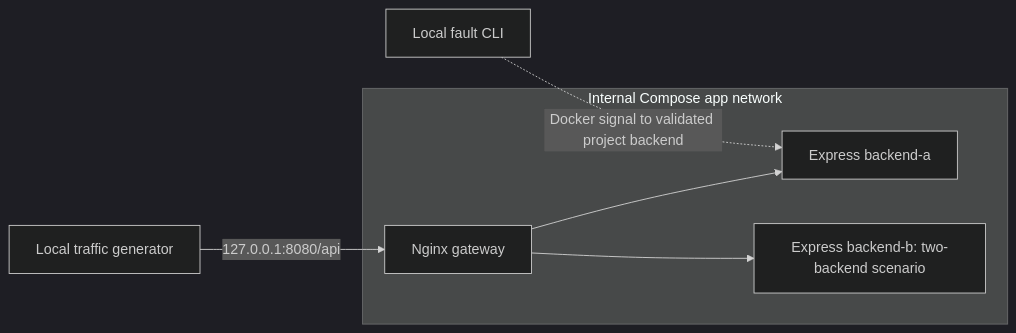
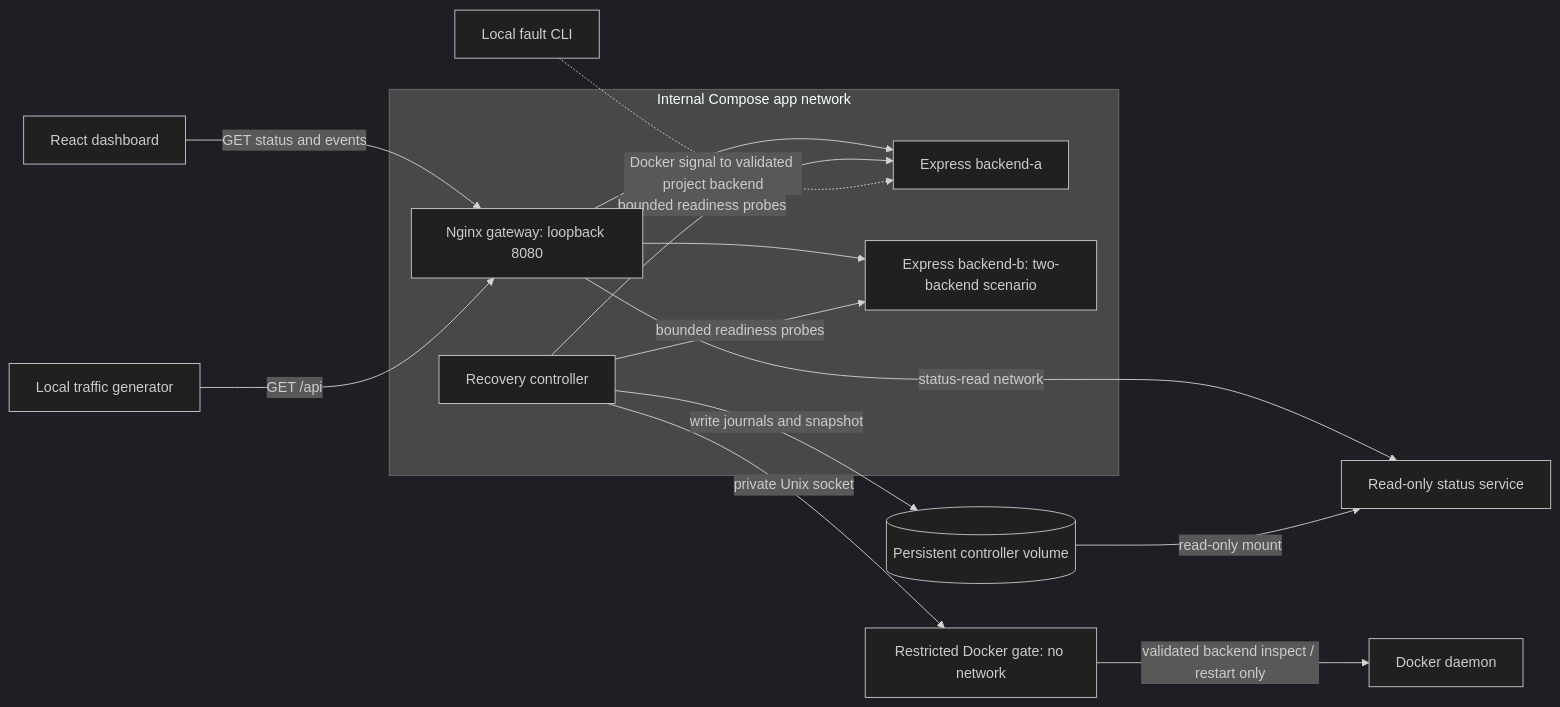
One commit to SajidSaleemKhattak/resilientcloud changed the diagram in README.md. Above: the diagram before and after it, drawn with Mermaid (dark theme). The commit also changed other lines of this file and 473 other files, not shown here.

Commit message:
Complete milestone 3: read-only dashboard, repeated experiments, and CI

````diff
--- a/README.md
+++ b/README.md
@@ -29,9 +67,17 @@
 ```mermaid
 flowchart LR
-    Client[Local traffic generator] -->|127.0.0.1:8080/api| Gateway[Nginx gateway]
+    Browser[React dashboard] -->|GET status and events| Gateway[Nginx gateway: loopback 8080]
+    Client[Local traffic generator] -->|GET /api| Gateway
     subgraph Private[Internal Compose app network]
       Gateway --> A[Express backend-a]
       Gateway --> B[Express backend-b: two-backend scenario]
+      Controller[Recovery controller] -->|bounded readiness probes| A
+      Controller -->|bounded readiness probes| B
     end
+    Gateway -->|status-read network| Status[Read-only status service]
+    Controller -->|write journals and snapshot| Data[(Persistent controller volume)]
+    Data -->|read-only mount| Status
+    Controller -->|private Unix socket| Gate[Restricted Docker gate: no network]
+    Gate -->|validated backend inspect / restart only| Docker[Docker daemon]
     Operator[Local fault CLI] -. Docker signal to validated project backend .-> A
 ```
````
